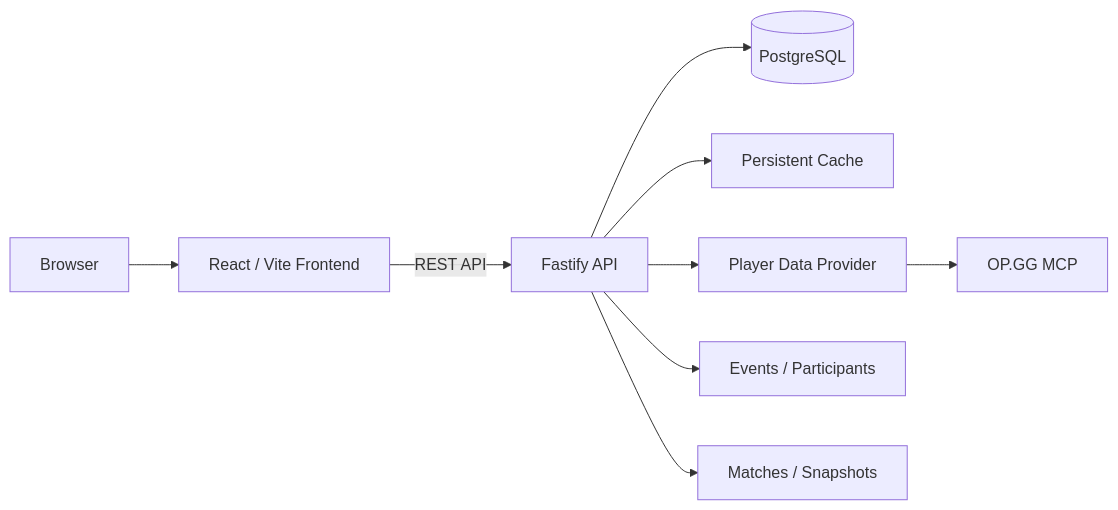
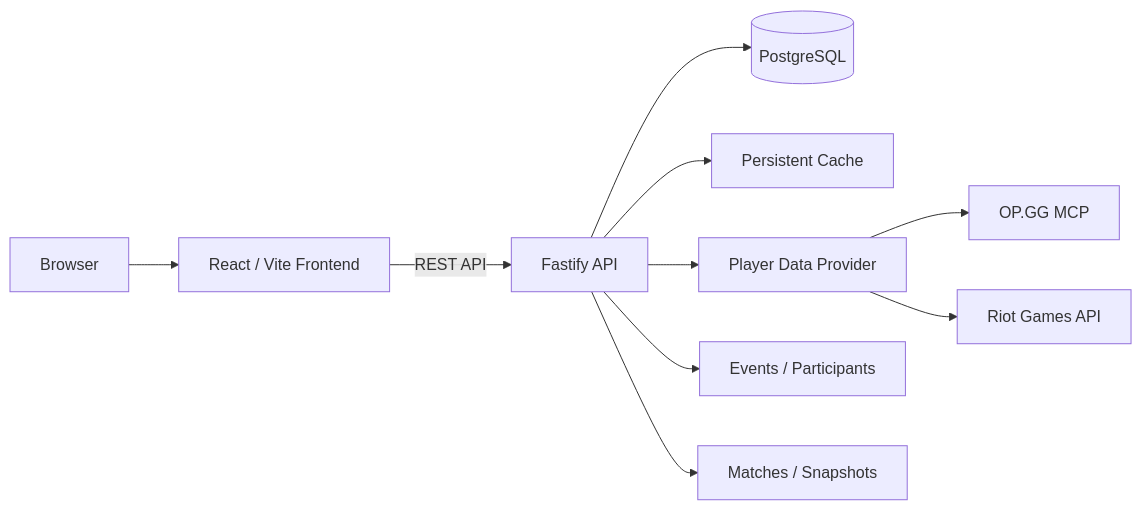
One commit to Sysadminfromhell/LP-Tracker changed the diagram in README.md. Above: the diagram before and after it, drawn with Mermaid. The commit also changed other lines of this file and 3 other files, not shown here.

````diff
--- a/README.md
+++ b/README.md
@@ -55,12 +54,15 @@
 ```mermaid
 flowchart LR
     U[Browser] --> W[React / Vite Frontend]
     W -->|REST API| A[Fastify API]
+
     A --> DB[(PostgreSQL)]
     A --> C[Persistent Cache]
     A --> P[Player Data Provider]
+
     P --> O[OP.GG MCP]
+    P --> R[Riot Games API]
 
     A --> E[Events / Participants]
     A --> M[Matches / Snapshots]
 ```
````
